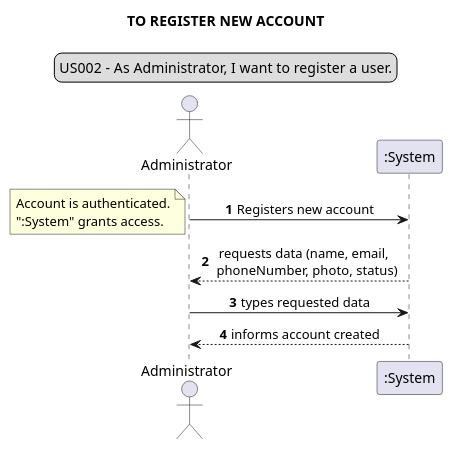
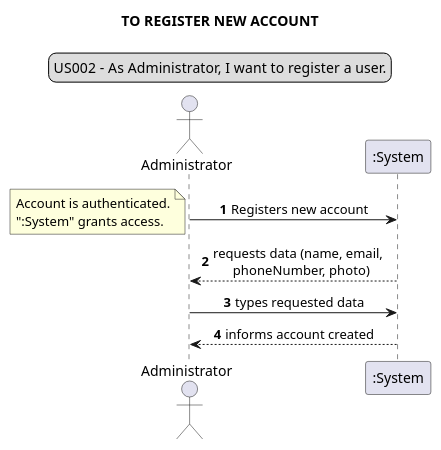
One commit to Loracline/project_switch_22-23 changed the second of 26 diagrams in docs/requirements_gathering/system_sequence_diagrams/systemSequenceDiagram.puml. Above: the diagram before and after it, drawn with PlantUML. The commit also changed 11 other files, not shown here.

Commit message:
UC Diagram | SD 001/002 | status predefined as "Active" and not passed by parameter | refinement (naming)

```diff
--- a/docs/requirements_gathering/system_sequence_diagrams/systemSequenceDiagram.puml
+++ b/docs/requirements_gathering/system_sequence_diagrams/systemSequenceDiagram.puml
@@ -20,17 +20,17 @@
 @startuml
 skinparam sequenceMessageAlign center
 title TO REGISTER NEW ACCOUNT
 legend top
 US002 - As Administrator, I want to register a user.
 end legend
 autonumber
 actor Administrator
 Administrator -> ":System": Registers new account
 note left
 Account is authenticated.
 ":System" grants access.
 end note
-Administrator <-- ":System": requests data (name, email, \n phoneNumber, photo, status)
+Administrator <-- ":System": requests data (name, email, \n phoneNumber, photo)
 Administrator  -> ":System": types requested data
 ":System" --> Administrator: informs account created
 @enduml
```
